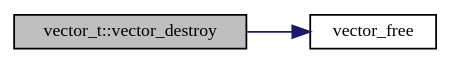
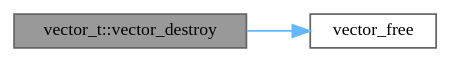
Before and after one commit to evjeesm/vector: the diagram in docs/group__Vector_gae0c0da17ad9469e47ef376a82b6493f3_cgraph.dot, drawn with Graphviz. The commit also changed 166 other files, not shown here.

```diff
--- a/docs/group__Vector_gae0c0da17ad9469e47ef376a82b6493f3_cgraph.dot
+++ b/docs/group__Vector_gae0c0da17ad9469e47ef376a82b6493f3_cgraph.dot
@@ -1,12 +1,12 @@
 digraph "vector_t::vector_destroy"
 {
  // INTERACTIVE_SVG=YES
  // LATEX_PDF_SIZE
   bgcolor="transparent";
-  edge [fontname="Mononoki",fontsize="10",labelfontname="Mononoki",labelfontsize="10"];
-  node [fontname="Mononoki",fontsize="10",shape=record];
+  edge [fontname=Mononoki,fontsize=10,labelfontname=Mononoki,labelfontsize=10];
+  node [fontname=Mononoki,fontsize=10,shape=box,height=0.2,width=0.4];
   rankdir="LR";
-  Node1 [label="vector_t::vector_destroy",height=0.2,width=0.4,color="black", fillcolor="grey75", style="filled", fontcolor="black",tooltip="Deallocates vector."];
-  Node1 -> Node2 [color="midnightblue",fontsize="10",style="solid",fontname="Mononoki"];
-  Node2 [label="vector_free",height=0.2,width=0.4,color="black",URL="$group__Allocation.html#gacd97ea77de38db5fb50d9e8ba216a734",tooltip="Free allocation that was previously allocated."];
+  Node1 [id="Node000001",label="vector_t::vector_destroy",height=0.2,width=0.4,color="gray40", fillcolor="grey60", style="filled", fontcolor="black",tooltip="Deallocates vector."];
+  Node1 -> Node2 [id="edge1_Node000001_Node000002",color="steelblue1",style="solid",tooltip=" "];
+  Node2 [id="Node000002",label="vector_free",height=0.2,width=0.4,color="grey40", fillcolor="white", style="filled",URL="$group__Allocation.html#gacd97ea77de38db5fb50d9e8ba216a734",tooltip="Free allocation that was previously allocated."];
 }
```
